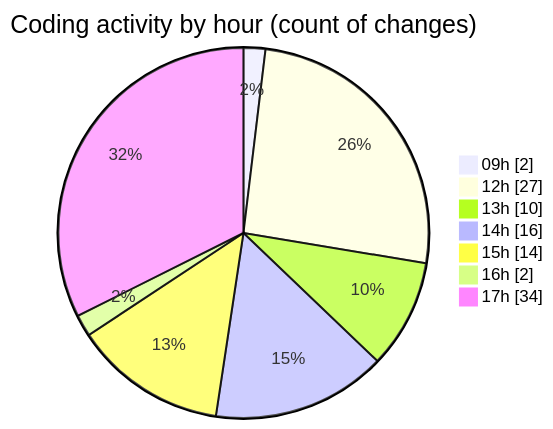
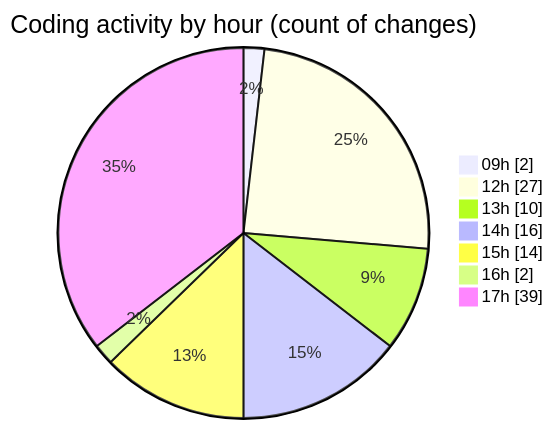
The second of 2 diagrams in 2025-11-06/cda/README.md (momahboobian/code-tracking), drawn with Mermaid before and after one commit. The commit also changed other lines of this file and 1 other file, not shown here.

````diff
--- a/2025-11-06/cda/README.md
+++ b/2025-11-06/cda/README.md
@@ -67,11 +67,11 @@
 ```mermaid
 pie showData
 title Coding activity by hour (count of changes)
 "09h" : 2
 "12h" : 27
 "13h" : 10
 "14h" : 16
 "15h" : 14
 "16h" : 2
-"17h" : 34
+"17h" : 39
 ```
````
